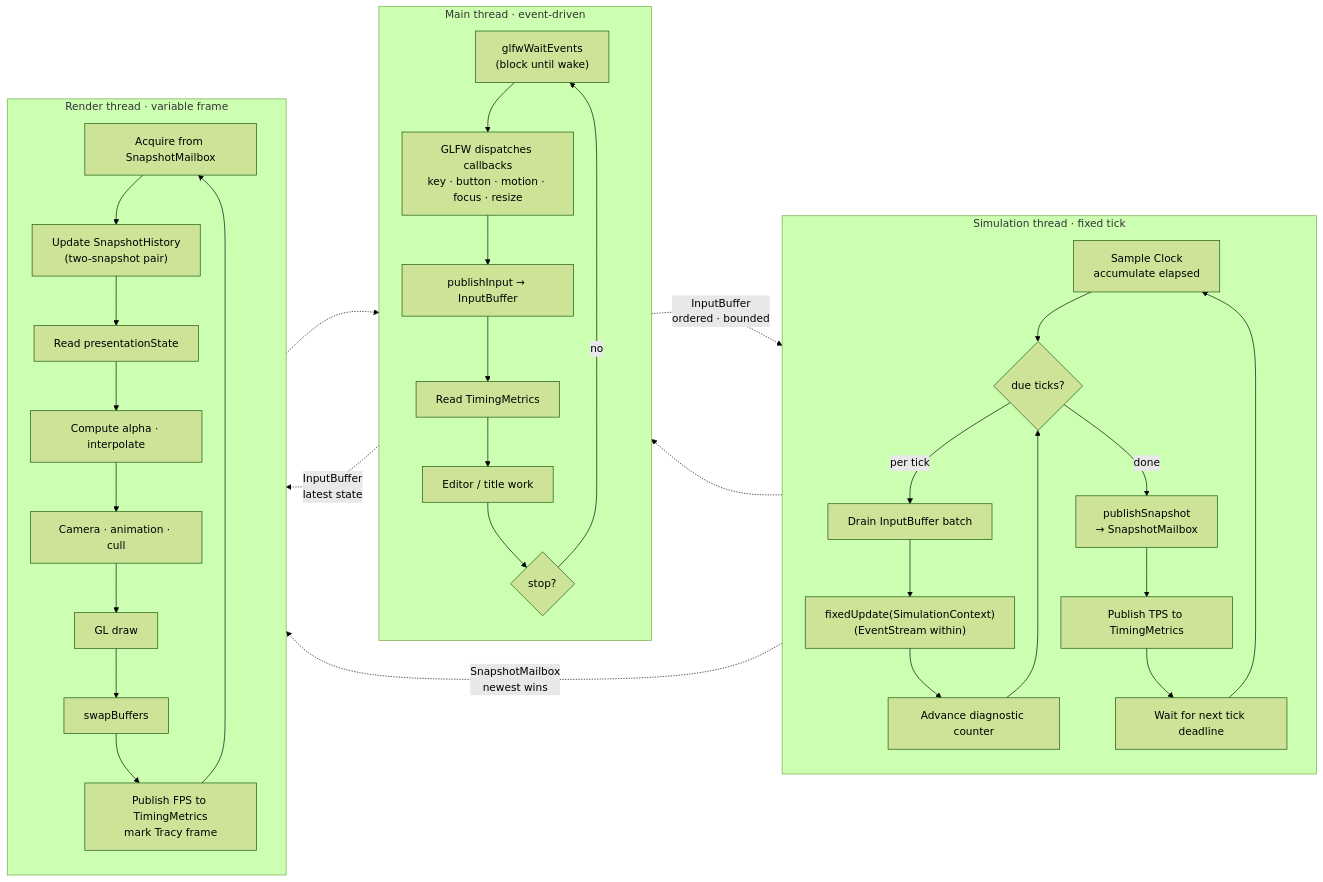
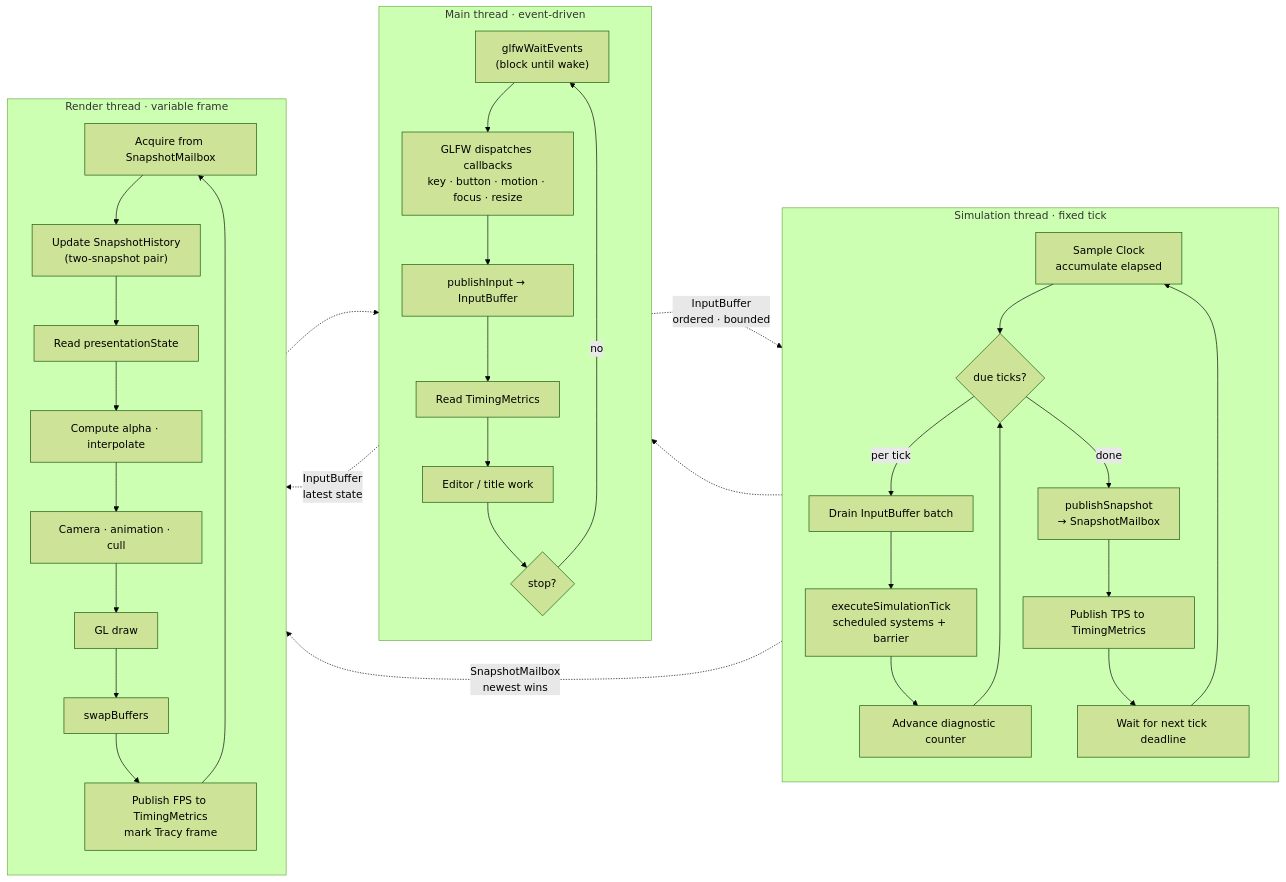
The first of 2 diagrams in 04 Design Docs/Systems/Game Loop - Frame Flow.md (techattackteam/TechEngine-vault), drawn with Mermaid (forest theme) before and after one commit. The commit also changed other lines of this file and 6 other files, not shown here.

````diff
--- a/04 Design Docs/Systems/Game Loop - Frame Flow.md
+++ b/04 Design Docs/Systems/Game Loop - Frame Flow.md
@@ -40,48 +40,48 @@
 ```mermaid
 flowchart LR
     subgraph Main["Main thread · event-driven"]
         direction TB
         M1["glfwWaitEvents<br/>(block until wake)"]
         M2["GLFW dispatches callbacks<br/>key · button · motion · focus · resize"]
         M3["publishInput → InputBuffer"]
         M4["Read TimingMetrics"]
         M5["Editor / title work"]
         M6{"stop?"}
         M1 --> M2 --> M3 --> M4 --> M5 --> M6
         M6 -->|no| M1
     end
 
     subgraph Sim["Simulation thread · fixed tick"]
         direction TB
         S1["Sample Clock<br/>accumulate elapsed"]
         S2{"due ticks?"}
         S3["Drain InputBuffer batch"]
-        S4["fixedUpdate(SimulationContext)<br/>(EventStream within)"]
+        S4["executeSimulationTick<br/>scheduled systems + barrier"]
         S5["Advance diagnostic counter"]
         S6["publishSnapshot<br/>→ SnapshotMailbox"]
         S7["Publish TPS to TimingMetrics"]
         S8["Wait for next tick deadline"]
         S1 --> S2
         S2 -->|"per tick"| S3 --> S4 --> S5 --> S2
         S2 -->|"done"| S6 --> S7 --> S8 --> S1
     end
 
     subgraph Render["Render thread · variable frame"]
         direction TB
         R1["Acquire from SnapshotMailbox"]
         R2["Update SnapshotHistory<br/>(two-snapshot pair)"]
         R3["Read presentationState"]
         R4["Compute alpha · interpolate"]
         R5["Camera · animation · cull"]
         R6["GL draw"]
         R7["swapBuffers"]
         R8["Publish FPS to TimingMetrics<br/>mark Tracy frame"]
         R1 --> R2 --> R3 --> R4 --> R5 --> R6 --> R7 --> R8 --> R1
     end
 
     M3 -.->|"InputBuffer<br/>ordered · bounded"| S3
     M3 -.->|"InputBuffer<br/>latest state"| R3
     S6 -.->|"SnapshotMailbox<br/>newest wins"| R1
     S7 -.-> M4
     R8 -.-> M4
 ```
````
